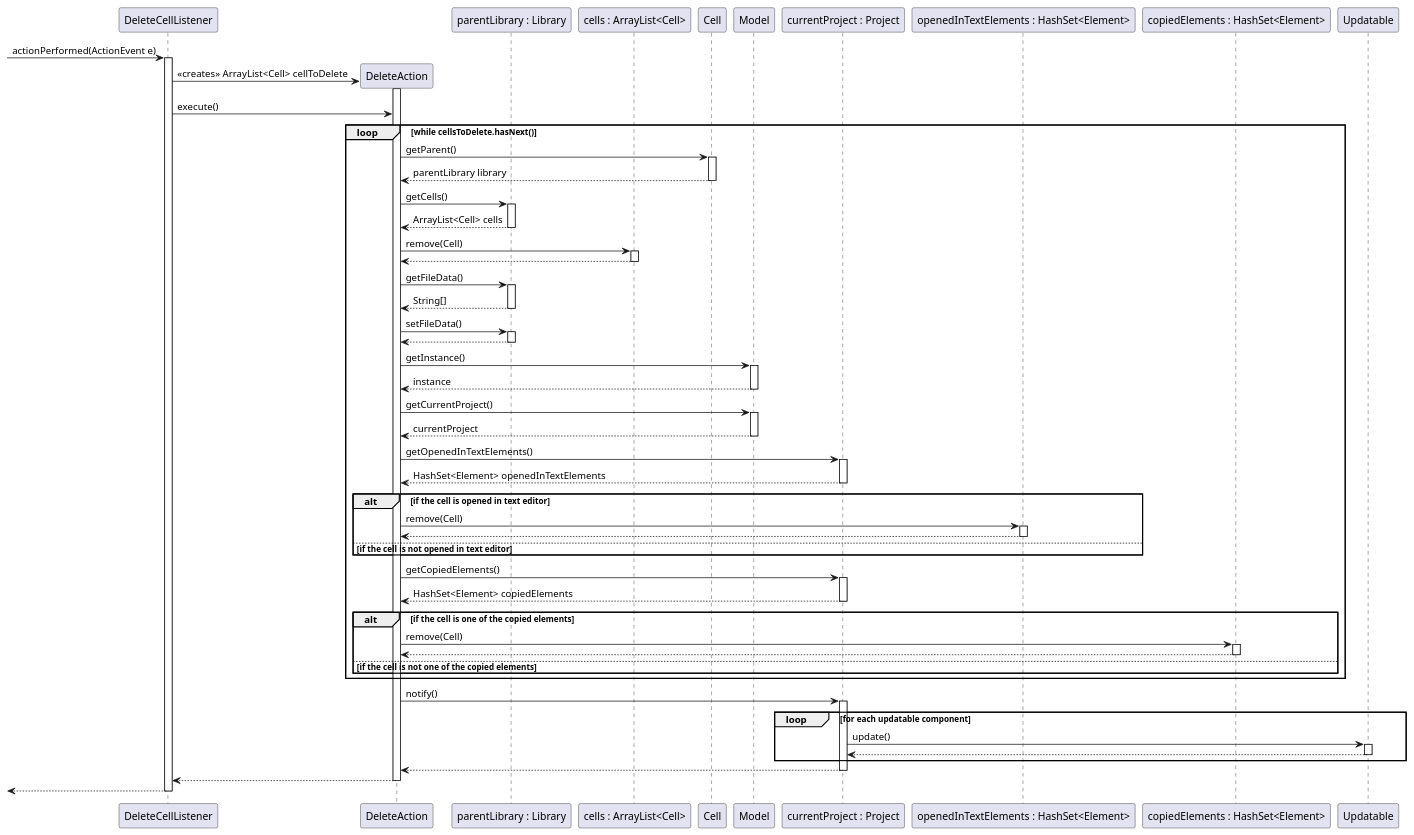
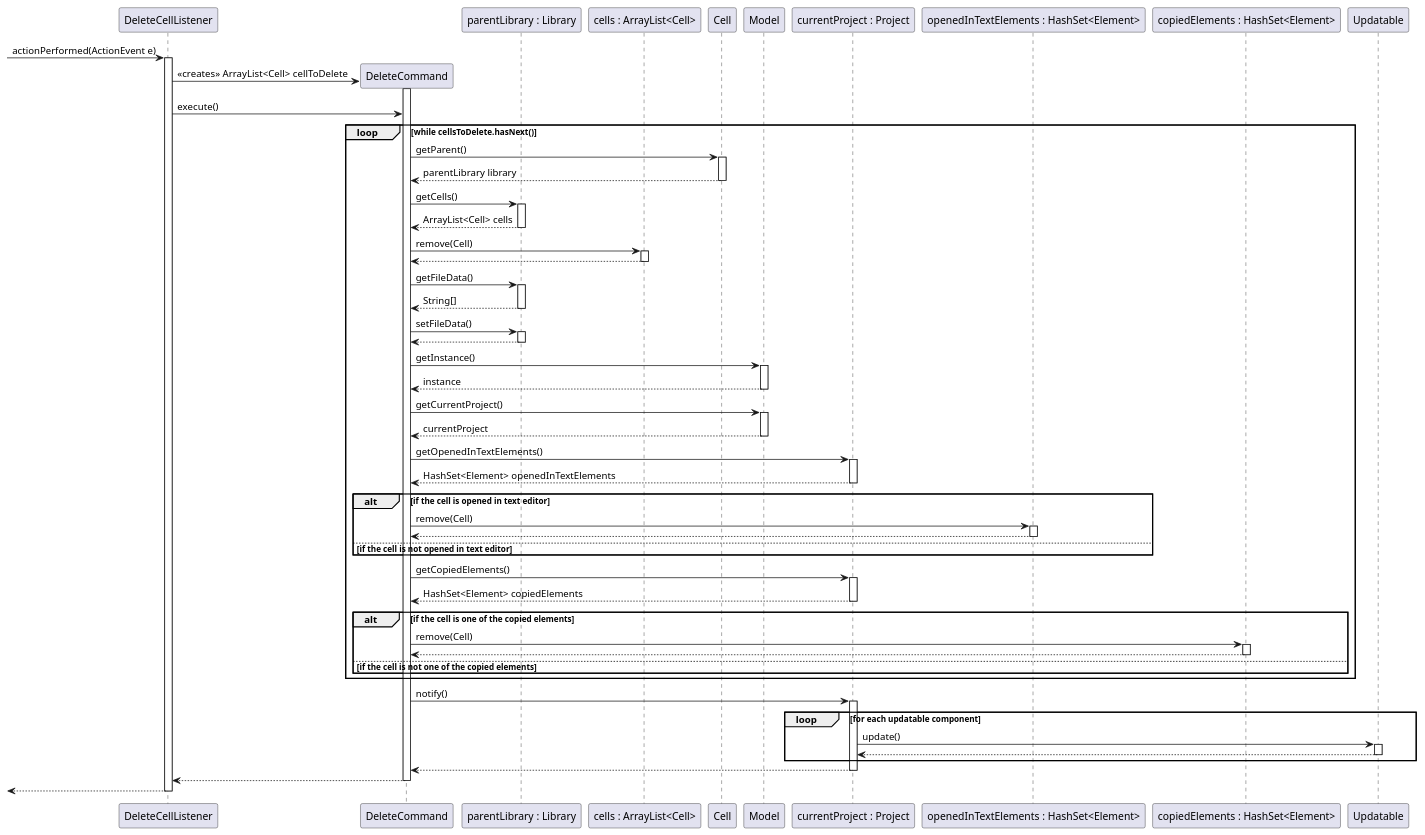
The diagram in Design Phase/SequenceDiagrams/deletingcell.wsd (AlpTorac/PSE-Report), drawn with PlantUML before and after one commit. The commit also changed 3 other files, not shown here.

Commit message:
Latest versions of sequence diagrams 15, 16, 17

```diff
--- a/Design Phase/SequenceDiagrams/deletingcell.wsd
+++ b/Design Phase/SequenceDiagrams/deletingcell.wsd
@@ -1,78 +1,78 @@
 @startuml
 -> DeleteCellListener : actionPerformed(ActionEvent e)
 activate DeleteCellListener
-DeleteCellListener -> DeleteAction ** : <<creates>> ArrayList<Cell> cellToDelete
-activate DeleteAction
+DeleteCellListener -> DeleteCommand ** : <<creates>> ArrayList<Cell> cellToDelete
+activate DeleteCommand
 
-DeleteCellListener -> DeleteAction : execute()
+DeleteCellListener -> DeleteCommand : execute()
 participant "parentLibrary : Library" as parentLibrary
 participant "cells : ArrayList<Cell>" as cells
 loop while cellsToDelete.hasNext()
-DeleteAction -> Cell : getParent()
+DeleteCommand -> Cell : getParent()
 activate Cell
 return parentLibrary library
-DeleteAction -> parentLibrary : getCells()
+DeleteCommand -> parentLibrary : getCells()
 activate parentLibrary
 return ArrayList<Cell> cells
-DeleteAction -> cells : remove(Cell)
+DeleteCommand -> cells : remove(Cell)
 activate cells 
 return
-DeleteAction -> parentLibrary : getFileData()
+DeleteCommand -> parentLibrary : getFileData()
 activate parentLibrary
 return String[]
-DeleteAction -> parentLibrary : setFileData()
+DeleteCommand -> parentLibrary : setFileData()
 activate parentLibrary
 return 
 
-DeleteAction -> Model : getInstance()
+DeleteCommand -> Model : getInstance()
 activate Model
 return instance 
-DeleteAction -> Model : getCurrentProject()
+DeleteCommand -> Model : getCurrentProject()
 activate Model 
 return currentProject
 participant "currentProject : Project" as currentProject
-DeleteAction -> currentProject : getOpenedInTextElements()
+DeleteCommand -> currentProject : getOpenedInTextElements()
 activate currentProject
 return HashSet<Element> openedInTextElements
 
 
 
 participant "openedInTextElements : HashSet<Element>" as openedInTextElements
 participant "copiedElements : HashSet<Element>" as copiedElements
 
 
 
 alt if the cell is opened in text editor
-DeleteAction -> openedInTextElements : remove(Cell)
+DeleteCommand -> openedInTextElements : remove(Cell)
 activate openedInTextElements 
 return 
 else if the cell is not opened in text editor 
 end 
 
-DeleteAction -> currentProject : getCopiedElements()
+DeleteCommand -> currentProject : getCopiedElements()
 activate currentProject
 return HashSet<Element> copiedElements
 
 alt if the cell is one of the copied elements 
-DeleteAction -> copiedElements : remove(Cell)
+DeleteCommand -> copiedElements : remove(Cell)
 activate copiedElements 
 return 
 else if the cell is not one of the copied elements
 end 
 
 end
 
-DeleteAction -> currentProject: notify()
+DeleteCommand -> currentProject: notify()
 activate currentProject
 
 loop for each updatable component 
 currentProject -> Updatable : update()
 activate Updatable
 return 
 end
 
 return
 return 
 return 
 
 @enduml
```
